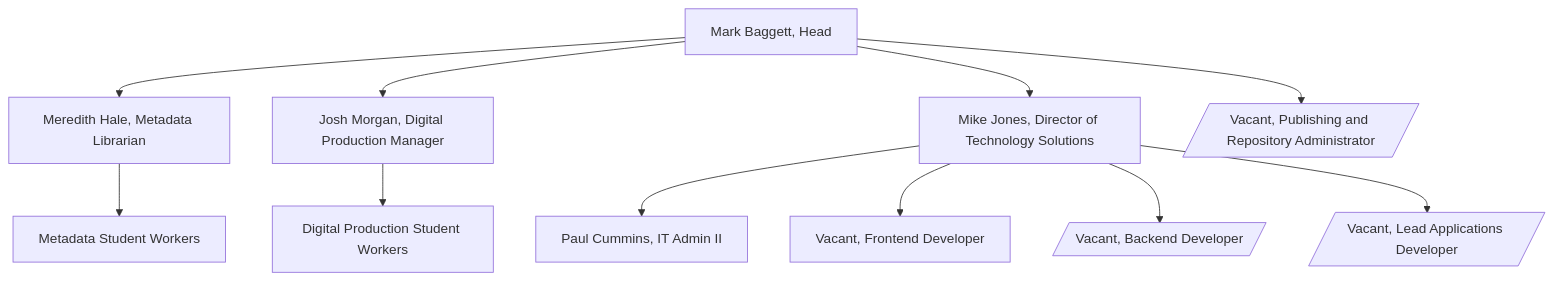
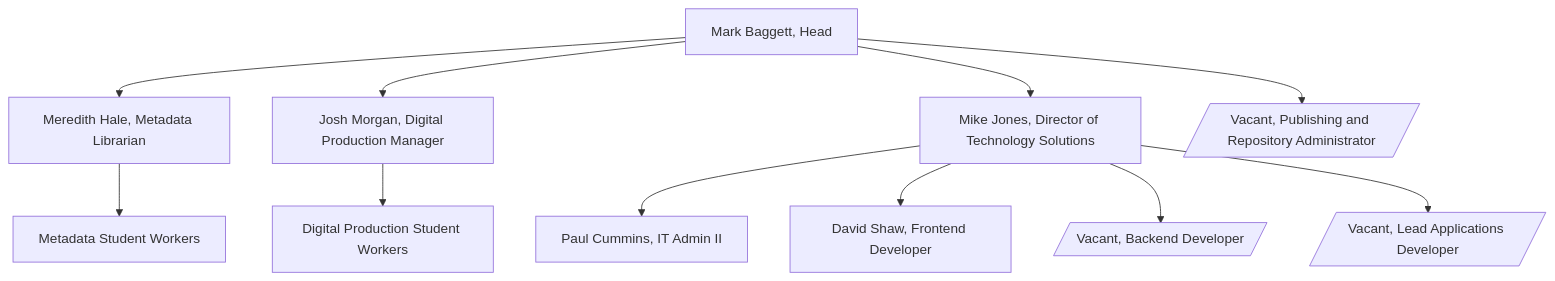
Before and after one commit to utkdigitalinitiatives/.github: the diagram in profile/README.md, drawn with Mermaid. The commit also changed other lines of this file, not shown here.

Commit message:
Add David.

````diff
--- a/profile/README.md
+++ b/profile/README.md
@@ -35,14 +36,14 @@
 ```mermaid
 
 graph TD
     MB[Mark Baggett, Head] --> MH[Meredith Hale, Metadata Librarian]
     MB[Mark Baggett, Head] --> JM[Josh Morgan, Digital Production Manager]
     MB[Mark Baggett, Head] --> MJ[Mike Jones, Director of Technology Solutions]
     MB[Mark Baggett, Head] --> PRA[/Vacant, Publishing and Repository Administrator/]
     MJ[Mike Jones, Director of Technology Solutions] --> PC[Paul Cummins, IT Admin II]
-    MJ[Mike Jones, Director of Technology Solutions] --> SF[Vacant, Frontend Developer]
+    MJ[Mike Jones, Director of Technology Solutions] --> DS[David Shaw, Frontend Developer]
     MJ[Mike Jones, Director of Technology Solutions] --> BED[/Vacant, Backend Developer/]
     MJ[Mike Jones, Director of Technology Solutions] --> LAD[/Vacant, Lead Applications Developer/]
     MH[Meredith Hale, Metadata Librarian] --> MS[Metadata Student Workers]
     JM[Josh Morgan, Digital Production Manager] --> DPS[Digital Production Student Workers]
 ```
````
